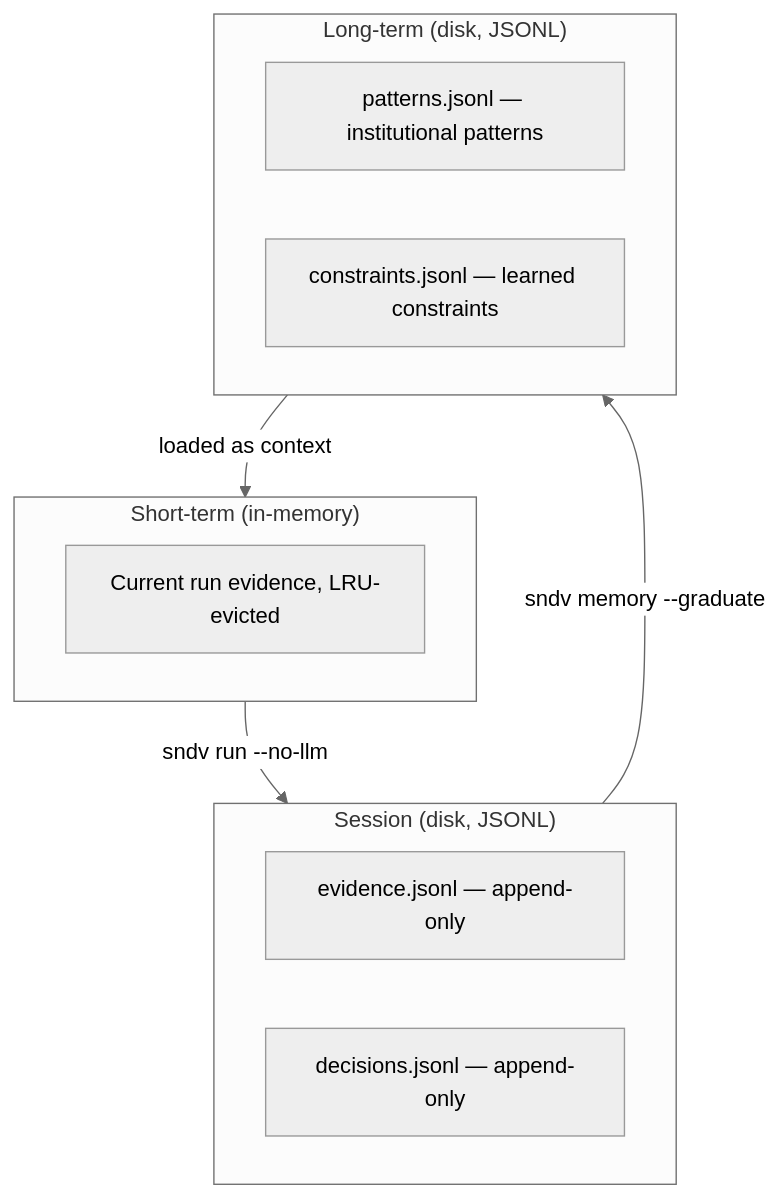
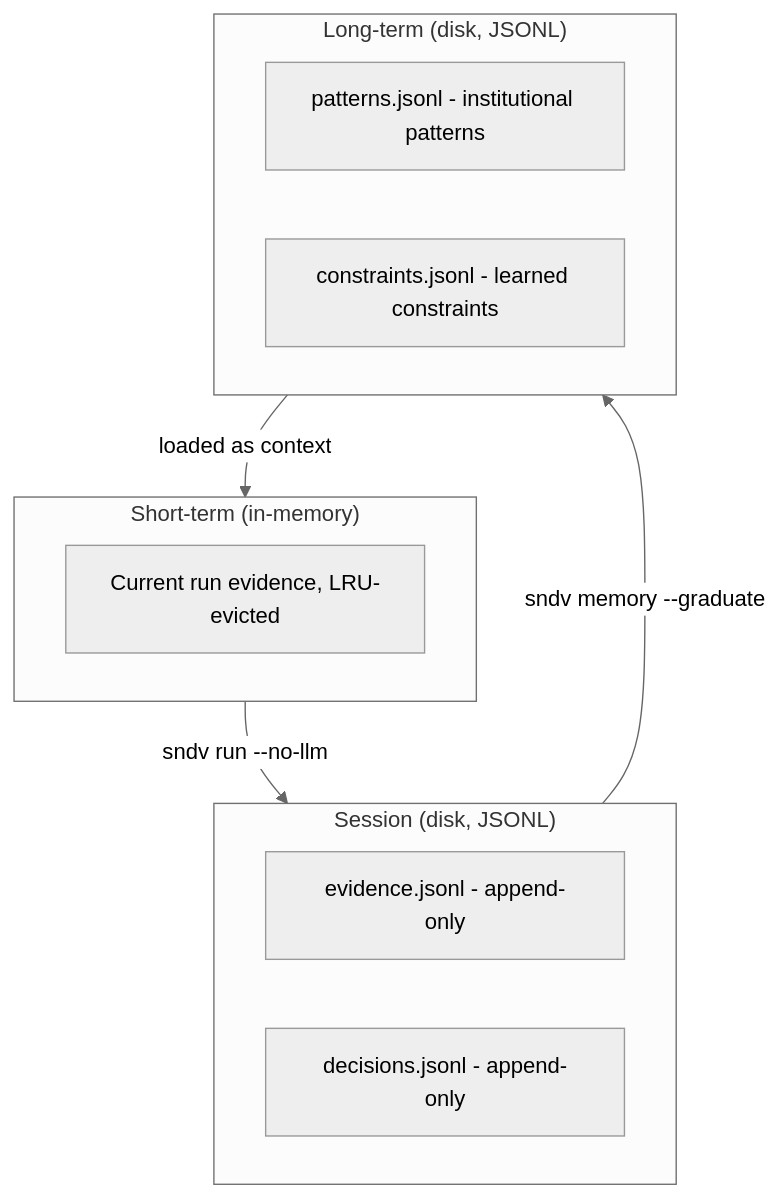
One commit to thecharge/sndv-nano changed the fourth of 4 diagrams in docs/agent-integration.md. Above: the diagram before and after it, drawn with Mermaid (neutral theme). The commit also changed other lines of this file and 43 other files, not shown here.

Commit message:
updated graph

````diff
--- a/docs/agent-integration.md
+++ b/docs/agent-integration.md
@@ -502,17 +502,17 @@
 ```mermaid
 flowchart TB
     subgraph ShortTerm["Short-term (in-memory)"]
         ST[Current run evidence, LRU-evicted]
     end
     subgraph Session["Session (disk, JSONL)"]
-        SE[evidence.jsonl — append-only]
-        SD[decisions.jsonl — append-only]
+        SE[evidence.jsonl - append-only]
+        SD[decisions.jsonl - append-only]
     end
     subgraph LongTerm["Long-term (disk, JSONL)"]
-        LP[patterns.jsonl — institutional patterns]
-        LC[constraints.jsonl — learned constraints]
+        LP[patterns.jsonl - institutional patterns]
+        LC[constraints.jsonl - learned constraints]
     end
     ShortTerm -->|"sndv run --no-llm"| Session
     Session -->|"sndv memory --graduate"| LongTerm
     LongTerm -->|loaded as context| ShortTerm
 ```
````
